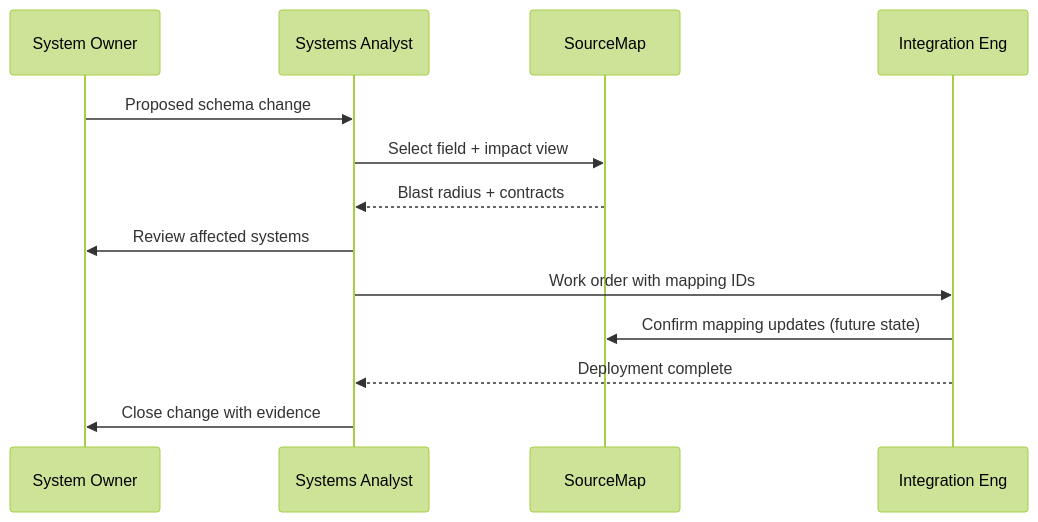
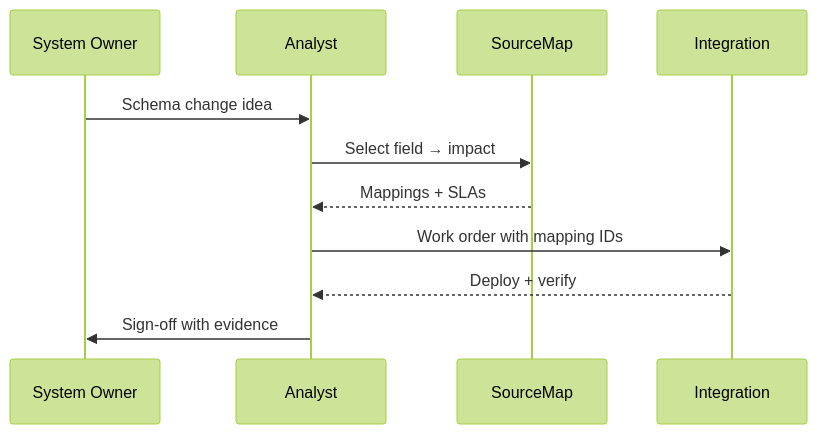
The third of 3 diagrams in docs/05-process-as-is-to-be.md (jah-guide/sourcemap), drawn with Mermaid (forest theme) before and after one commit. The commit also changed other lines of this file, not shown here.

Commit message:
docs: simplify as-is and to-be process diagrams

````diff
--- a/docs/05-process-as-is-to-be.md
+++ b/docs/05-process-as-is-to-be.md
@@ -37,16 +34,14 @@
 ```mermaid
 sequenceDiagram
   participant Owner as System Owner
-  participant SA as Systems Analyst
+  participant SA as Analyst
   participant SM as SourceMap
-  participant INT as Integration Eng
+  participant Eng as Integration
 
-  Owner->>SA: Proposed schema change
-  SA->>SM: Select field + impact view
-  SM-->>SA: Blast radius + contracts
-  SA->>Owner: Review affected systems
-  SA->>INT: Work order with mapping IDs
-  INT->>SM: Confirm mapping updates (future state)
-  INT-->>SA: Deployment complete
-  SA->>Owner: Close change with evidence
+  Owner->>SA: Schema change idea
+  SA->>SM: Select field → impact
+  SM-->>SA: Mappings + SLAs
+  SA->>Eng: Work order with mapping IDs
+  Eng-->>SA: Deploy + verify
+  SA->>Owner: Sign-off with evidence
 ```
````
